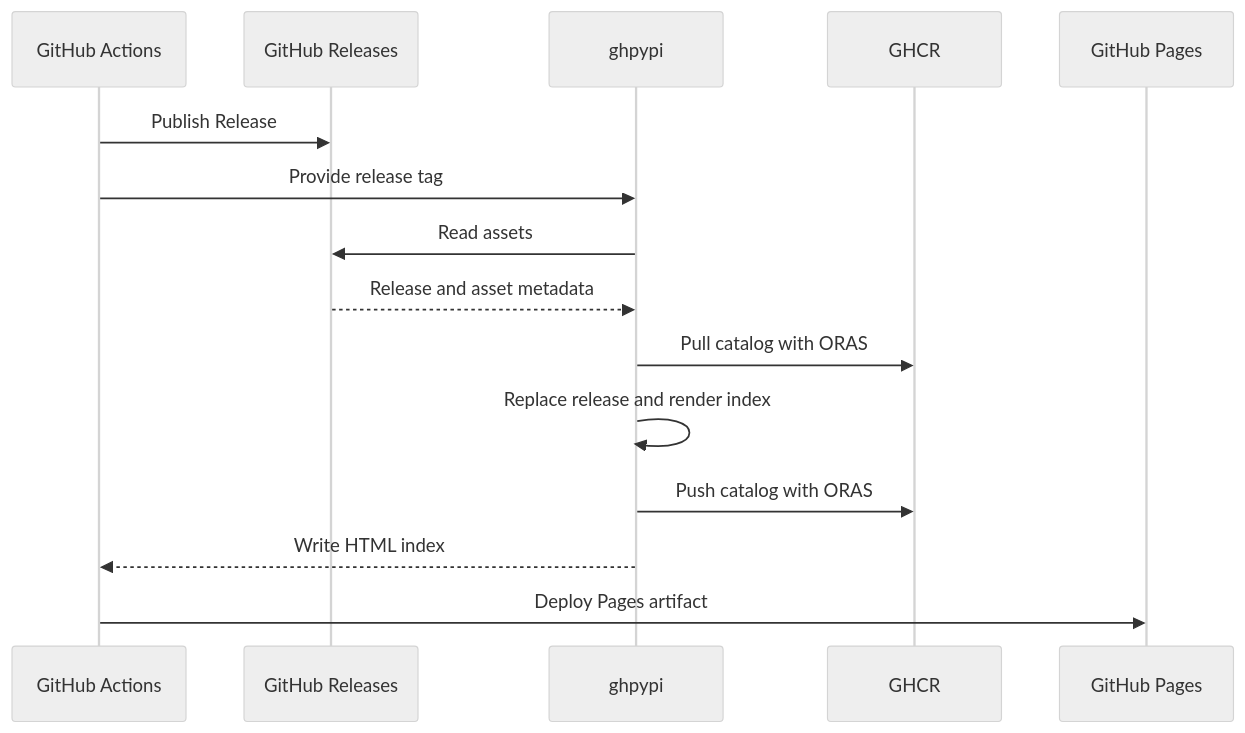
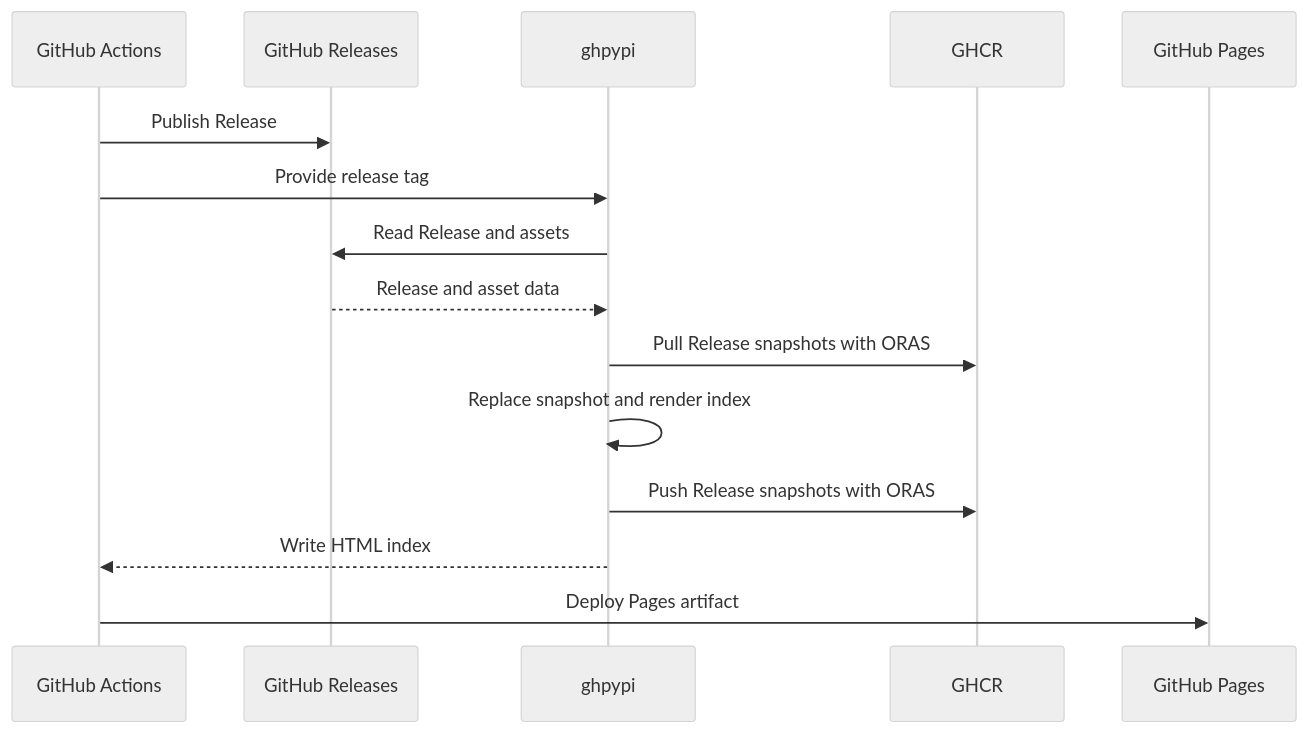
The diagram in CONTRIBUTING.md (MtkN1/ghpypi), drawn with Mermaid (neutral theme) before and after one commit. The commit also changed other lines of this file and 1 other file, not shown here.

Commit message:
docs: define Release snapshots

````diff
--- a/CONTRIBUTING.md
+++ b/CONTRIBUTING.md
@@ -9,18 +9,18 @@
 ```mermaid
 sequenceDiagram
     participant Workflow as GitHub Actions
     participant Releases as GitHub Releases
     participant Ghpypi as ghpypi
-    participant Catalog as GHCR
+    participant Snapshots as GHCR
     participant Pages as GitHub Pages
 
     Workflow->>Releases: Publish Release
     Workflow->>Ghpypi: Provide release tag
-    Ghpypi->>Releases: Read assets
-    Releases-->>Ghpypi: Release and asset metadata
-    Ghpypi->>Catalog: Pull catalog with ORAS
-    Ghpypi->>Ghpypi: Replace release and render index
-    Ghpypi->>Catalog: Push catalog with ORAS
+    Ghpypi->>Releases: Read Release and assets
+    Releases-->>Ghpypi: Release and asset data
+    Ghpypi->>Snapshots: Pull Release snapshots with ORAS
+    Ghpypi->>Ghpypi: Replace snapshot and render index
+    Ghpypi->>Snapshots: Push Release snapshots with ORAS
     Ghpypi-->>Workflow: Write HTML index
     Workflow->>Pages: Deploy Pages artifact
 ```
````
